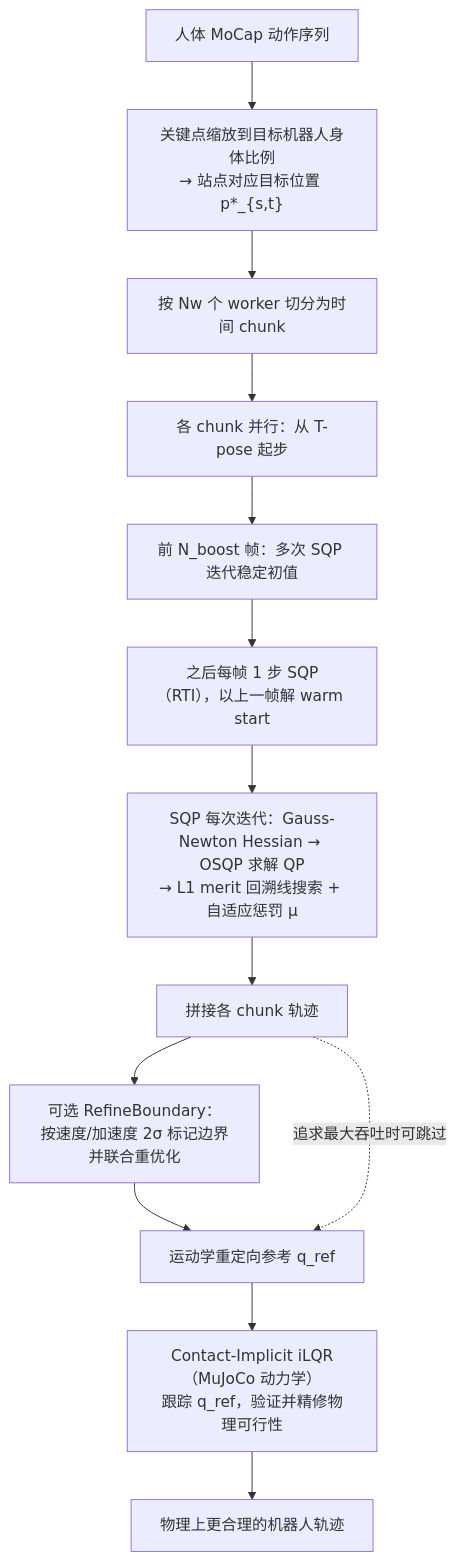
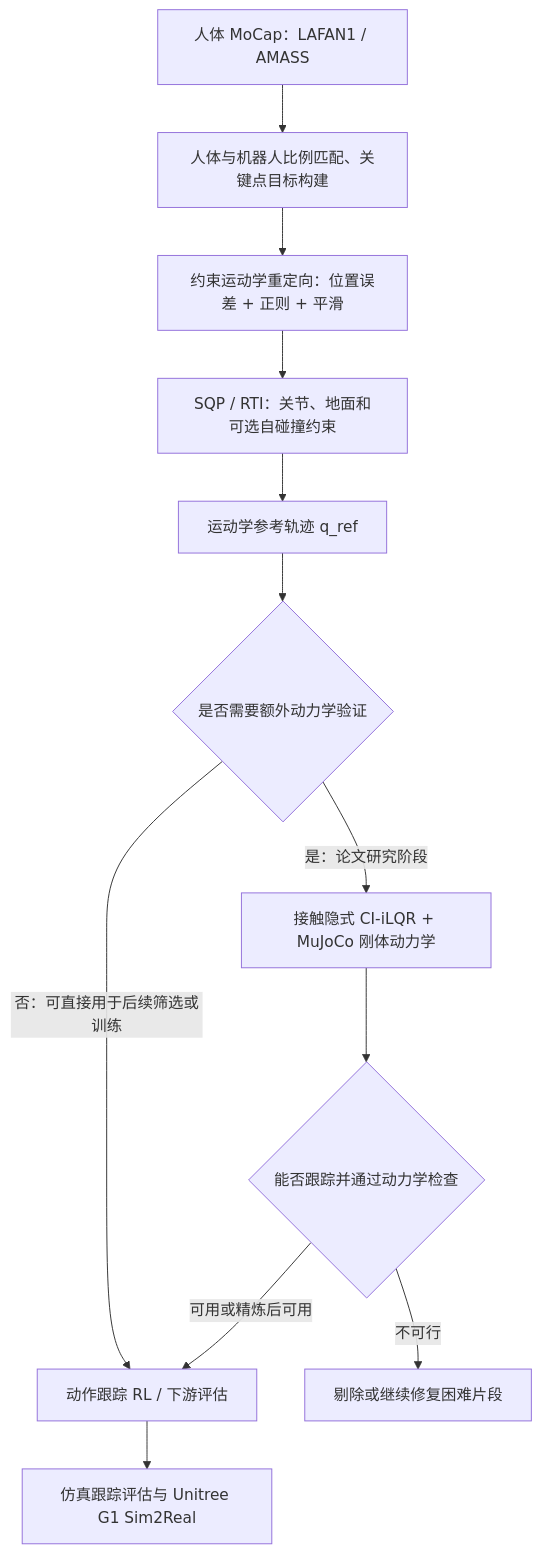
The first of 2 diagrams in wiki/entities/paper-fast-motion-retargeting-pipeline-humanoid.md (ImChong/Robotics_Notebooks), drawn with Mermaid before and after one commit. The commit also changed other lines of this file and 4 other files, not shown here.

````diff
--- a/wiki/entities/paper-fast-motion-retargeting-pipeline-humanoid.md
+++ b/wiki/entities/paper-fast-motion-retargeting-pipeline-humanoid.md
@@ -44,15 +61,14 @@
 ```mermaid
 flowchart TD
-    M["人体 MoCap 动作序列"] --> SC["关键点缩放到目标机器人身体比例<br/>→ 站点对应目标位置 p*_{s,t}"]
-    SC --> CH["按 Nw 个 worker 切分为时间 chunk"]
-    CH --> P["各 chunk 并行：从 T-pose 起步"]
-    P --> B["前 N_boost 帧：多次 SQP 迭代稳定初值"]
-    B --> RTI["之后每帧 1 步 SQP（RTI），以上一帧解 warm start"]
-    RTI --> QP["SQP 每次迭代：Gauss-Newton Hessian → OSQP 求解 QP<br/>→ L1 merit 回溯线搜索 + 自适应惩罚 µ"]
-    QP --> CON["拼接各 chunk 轨迹"]
-    CON --> RB["可选 RefineBoundary：<br/>按速度/加速度 2σ 标记边界并联合重优化"]
-    RB --> REF["运动学重定向参考 q_ref"]
-    CON -.->|"追求最大吞吐时可跳过"| REF
-    REF --> CI["Contact-Implicit iLQR（MuJoCo 动力学）<br/>跟踪 q_ref，验证并精修物理可行性"]
-    CI --> OUT["物理上更合理的机器人轨迹"]
+    A["人体 MoCap：LAFAN1 / AMASS"] --> B["人体与机器人比例匹配、关键点目标构建"]
+    B --> C["约束运动学重定向：位置误差 + 正则 + 平滑"]
+    C --> D["SQP / RTI：关节、地面和可选自碰撞约束"]
+    D --> E["运动学参考轨迹 q_ref"]
+    E --> F{"是否需要额外动力学验证"}
+    F -->|"否：可直接用于后续筛选或训练"| R["动作跟踪 RL / 下游评估"]
+    F -->|"是：论文研究阶段"| G["接触隐式 CI-iLQR + MuJoCo 刚体动力学"]
+    G --> H{"能否跟踪并通过动力学检查"}
+    H -->|"可用或精炼后可用"| R
+    H -->|"不可行"| X["剔除或继续修复困难片段"]
+    R --> S["仿真跟踪评估与 Unitree G1 Sim2Real"]
 ```
````
